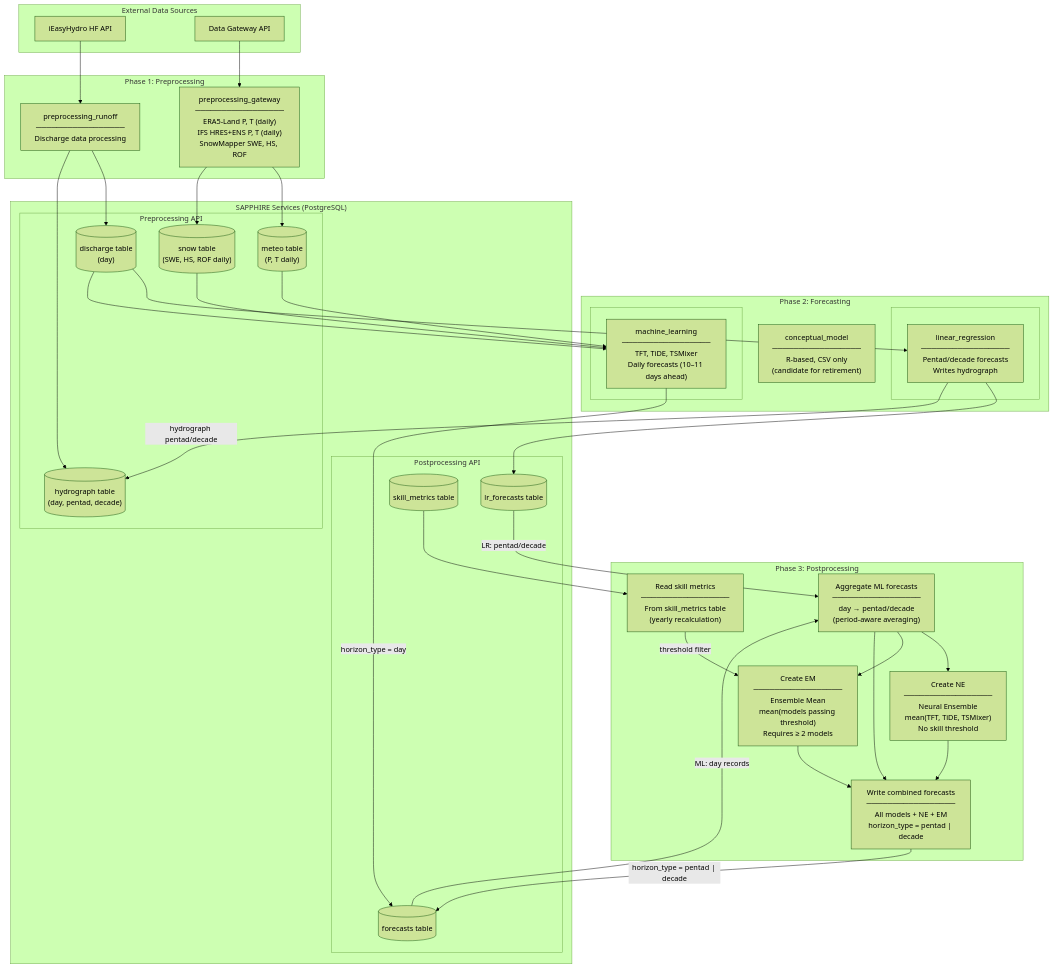
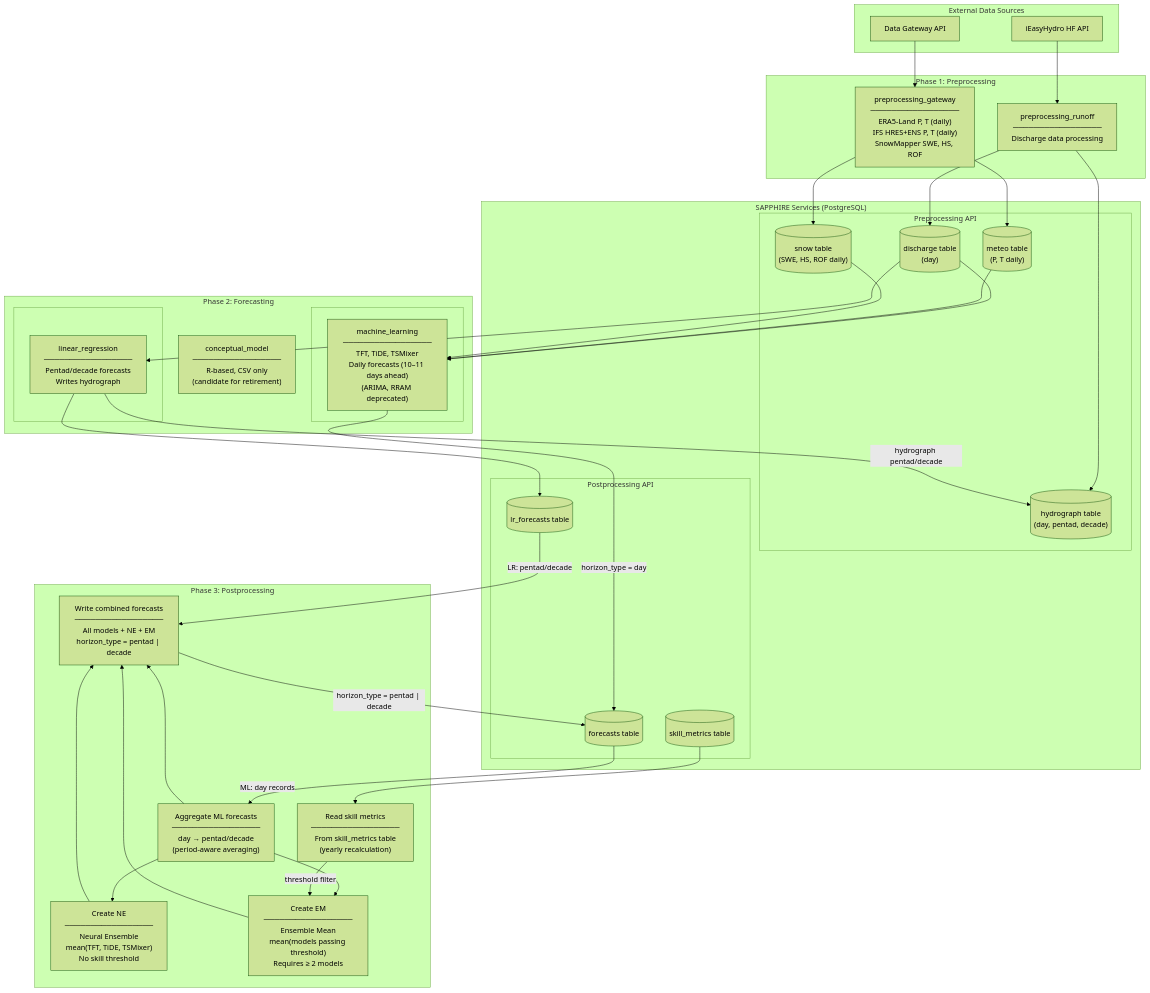
One commit to hydrosolutions/SAPPHIRE_Forecast_Tools changed the second of 4 diagrams in doc/data_flow_short_term.md. Above: the diagram before and after it, drawn with Mermaid (forest theme). The commit also changed other lines of this file and 2 other files, not shown here.

First line of the commit message:
Review and fix data flow docs, add API transition gap tracking

````diff
--- a/doc/data_flow_short_term.md
+++ b/doc/data_flow_short_term.md
@@ -38,81 +40,81 @@
 ```mermaid
 flowchart TD
     subgraph External["External Data Sources"]
         iEH["iEasyHydro HF API"]
         DG["Data Gateway API"]
     end
 
     subgraph Phase1["Phase 1: Preprocessing"]
         PR["preprocessing_runoff<br/>─────────────────<br/>Discharge data processing"]
         PG["preprocessing_gateway<br/>─────────────────<br/>ERA5-Land P, T (daily)<br/>IFS HRES+ENS P, T (daily)<br/>SnowMapper SWE, HS, ROF"]
     end
 
     subgraph Phase2["Phase 2: Forecasting"]
         subgraph Phase2LR[" "]
             LR["linear_regression<br/>─────────────────<br/>Pentad/decade forecasts<br/>Writes hydrograph"]
         end
         subgraph Phase2ML[" "]
-            ML["machine_learning<br/>─────────────────<br/>TFT, TiDE, TSMixer<br/>Daily forecasts (10–11 days ahead)"]
+            ML["machine_learning<br/>─────────────────<br/>TFT, TiDE, TSMixer<br/>Daily forecasts (10–11 days ahead)<br/>(ARIMA, RRAM deprecated)"]
         end
         CM["conceptual_model<br/>─────────────────<br/>R-based, CSV only<br/>(candidate for retirement)"]
     end
 
     subgraph Phase3["Phase 3: Postprocessing"]
         AGG["Aggregate ML forecasts<br/>─────────────────<br/>day → pentad/decade<br/>(period-aware averaging)"]
         NE["Create NE<br/>─────────────────<br/>Neural Ensemble<br/>mean(TFT, TiDE, TSMixer)<br/>No skill threshold"]
         SK["Read skill metrics<br/>─────────────────<br/>From skill_metrics table<br/>(yearly recalculation)"]
         EM["Create EM<br/>─────────────────<br/>Ensemble Mean<br/>mean(models passing threshold)<br/>Requires ≥ 2 models"]
         WR["Write combined forecasts<br/>─────────────────<br/>All models + NE + EM<br/>horizon_type = pentad | decade"]
     end
 
     subgraph DB["SAPPHIRE Services (PostgreSQL)"]
         subgraph PreDB["Preprocessing API"]
             DT[("discharge table<br/>(day)")]
             HT[("hydrograph table<br/>(day, pentad, decade)")]
             MT[("meteo table<br/>(P, T daily)")]
             SNT[("snow table<br/>(SWE, HS, ROF daily)")]
         end
         subgraph PostDB["Postprocessing API"]
             LRT[("lr_forecasts table")]
             FT[("forecasts table")]
             SMT[("skill_metrics table")]
         end
     end
 
     %% External → Preprocessing
     iEH --> PR
     DG --> PG
 
     %% Preprocessing → DB
     PR --> DT
     PR --> HT
     PG --> MT
     PG --> SNT
 
     %% Linear Regression: reads discharge, writes lr_forecasts + hydrograph
     DT --> LR
     LR --> LRT
     LR -- "hydrograph pentad/decade" --> HT
 
     %% Machine Learning: reads discharge + meteo + snow, writes forecasts
     DT --> ML
     MT --> ML
     SNT --> ML
     ML -- "horizon_type = day" --> FT
 
     %% Postprocessing reads from forecasts + lr_forecasts + skill_metrics
     FT -- "ML: day records" --> AGG
-    LRT -- "LR: pentad/decade" --> AGG
+    LRT -- "LR: pentad/decade" --> WR
     SMT --> SK
 
     %% Ensemble creation
     AGG --> NE
     AGG --> EM
     SK -- "threshold filter" --> EM
 
     %% Writing
     NE --> WR
     EM --> WR
     AGG --> WR
     WR -- "horizon_type = pentad | decade" --> FT
 ```
````
